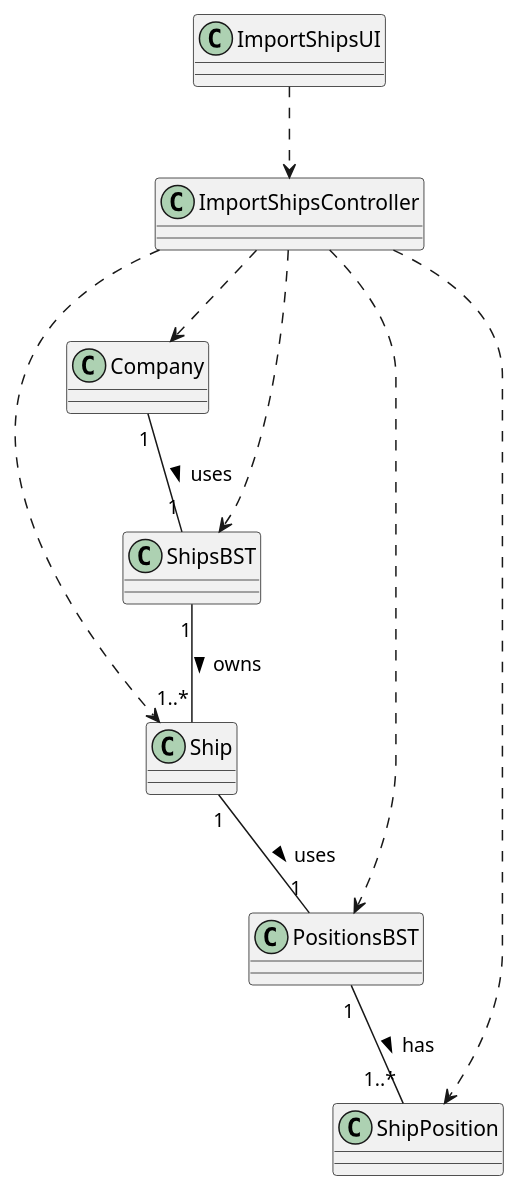
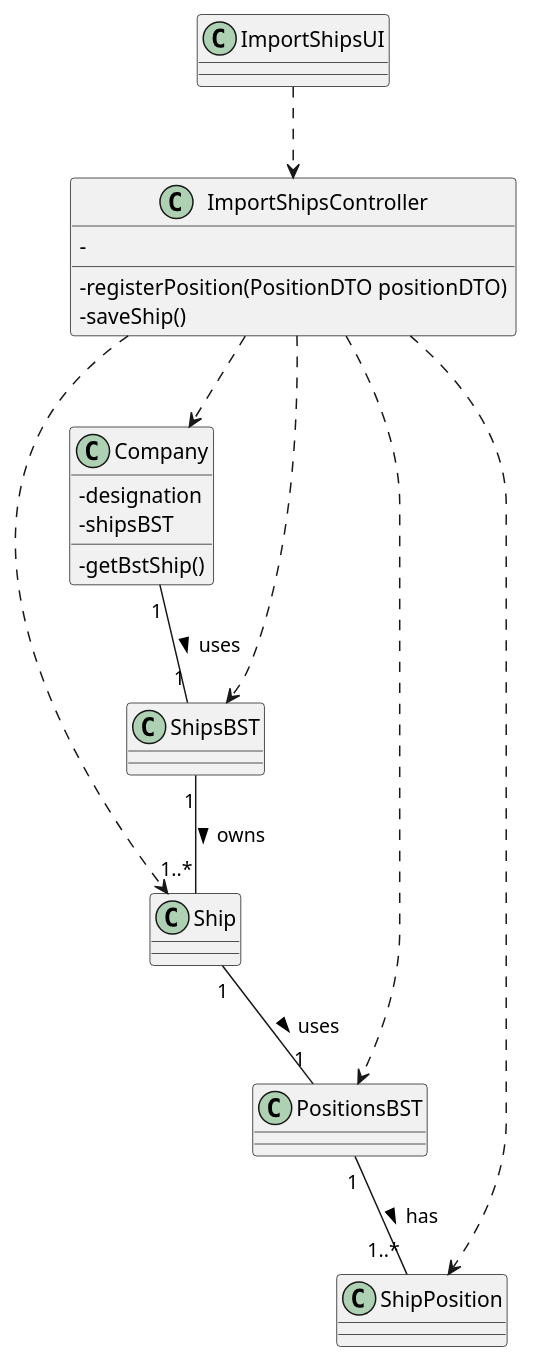
One commit to ana-albergaria/LAPR3-ISEP changed the diagram in docs/US101/US_101_CD.puml. Above: the diagram before and after it, drawn with PlantUML. The commit also changed 2 other files, not shown here.

```diff
--- a/docs/US101/US_101_CD.puml
+++ b/docs/US101/US_101_CD.puml
@@ -1,43 +1,47 @@
 @startuml
 
 skinparam classAttributeIconSize 0
 
 class ImportShipsUI {}
 
 class ImportShipsController {
-
+- registerPosition(PositionDTO positionDTO)
+- saveShip()
+-
 }
 
 class Company {
-
+- designation
+- shipsBST
+- getBstShip()
 }
 
 class Ship {
 
 }
 
 class ShipPosition {
 
 }
 
 class ShipsBST {
 
 }
 
 class PositionsBST {
 
 }
 
 Company "1" -- "1" ShipsBST : uses >
 ShipsBST "1" -- "1..*" Ship : owns >
 Ship "1" -- "1" PositionsBST : uses >
 PositionsBST "1" -- "1..*" ShipPosition : has >
 ImportShipsUI ..> ImportShipsController
 ImportShipsController ..> Company
 ImportShipsController ..> ShipsBST
 ImportShipsController ..> Ship
 ImportShipsController ..> PositionsBST
 ImportShipsController ..> ShipPosition
 
 
 @enduml
```
